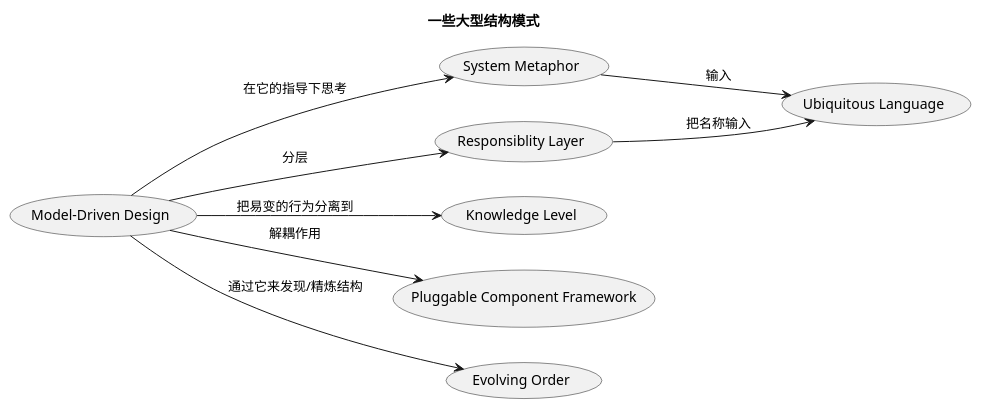
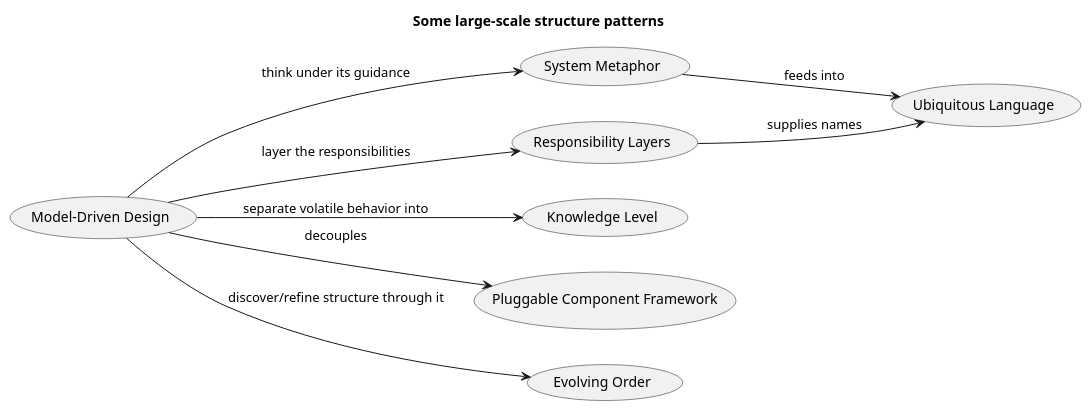
Diagram 17 of 19 in snippets/ddd.md (lindezhong/nvim-config), drawn with PlantUML before and after one commit. The commit also changed other lines of this file and 17 other files, not shown here.

````diff
--- a/snippets/ddd.md
+++ b/snippets/ddd.md
@@ -1355,24 +1708,24 @@
 ```plantuml
 @startuml
 allowmixing
 left to right direction
-title 一些大型结构模式
+title Some large-scale structure patterns
 
 usecase "Model-Driven Design" as mdd
 usecase "System Metaphor" as sm
-usecase "Responsiblity Layer" as rl
+usecase "Responsibility Layers" as rl
 usecase "Knowledge Level" as kl
 usecase "Pluggable Component Framework" as pcf
 usecase "Evolving Order" as eo
 usecase "Ubiquitous Language" as ul
 
-mdd --> sm : 在它的指导下思考 
-mdd --> rl : 分层
-mdd --> kl : 把易变的行为分离到
-mdd --> pcf : 解耦作用
-mdd --> eo : 通过它来发现/精炼结构
-sm --> ul : 输入
-rl --> ul : 把名称输入
+mdd --> sm : think under its guidance
+mdd --> rl : layer the responsibilities
+mdd --> kl : separate volatile behavior into
+mdd --> pcf : decouples
+mdd --> eo : discover/refine structure through it
+sm --> ul : feeds into
+rl --> ul : supplies names
 
 @enduml
 ```
````
